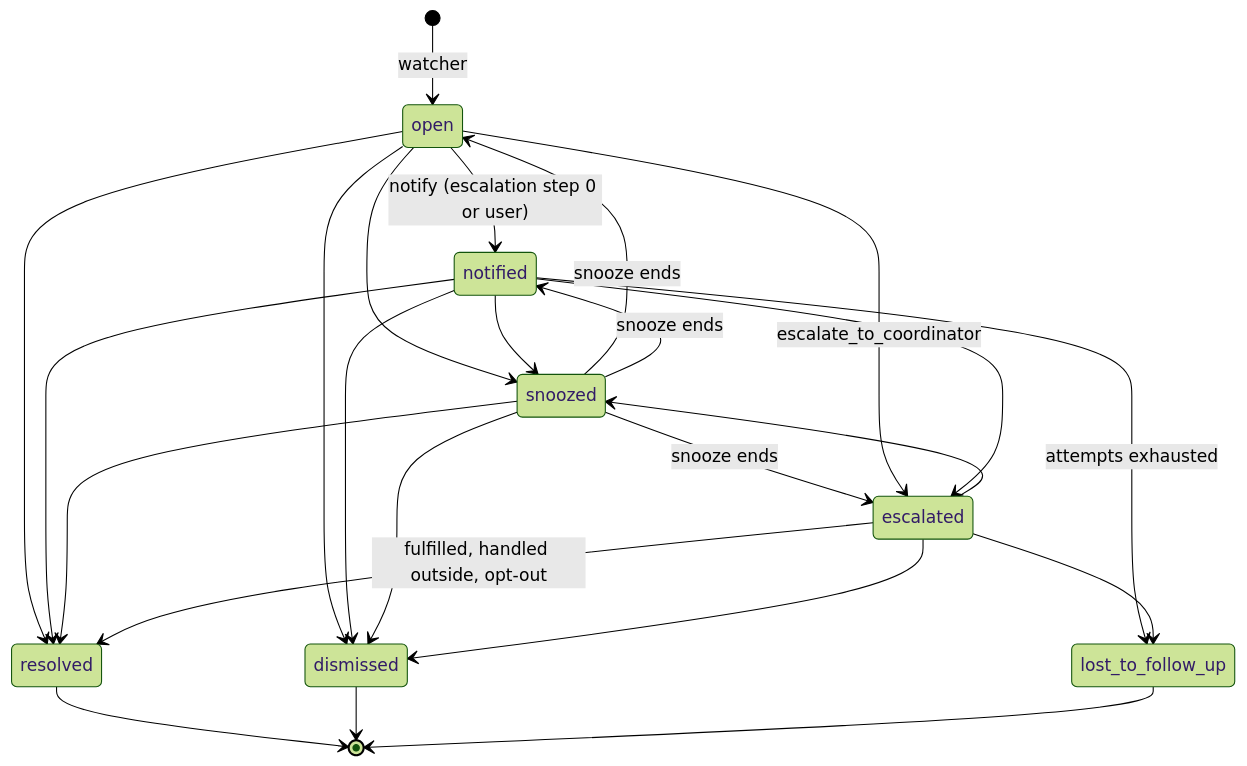
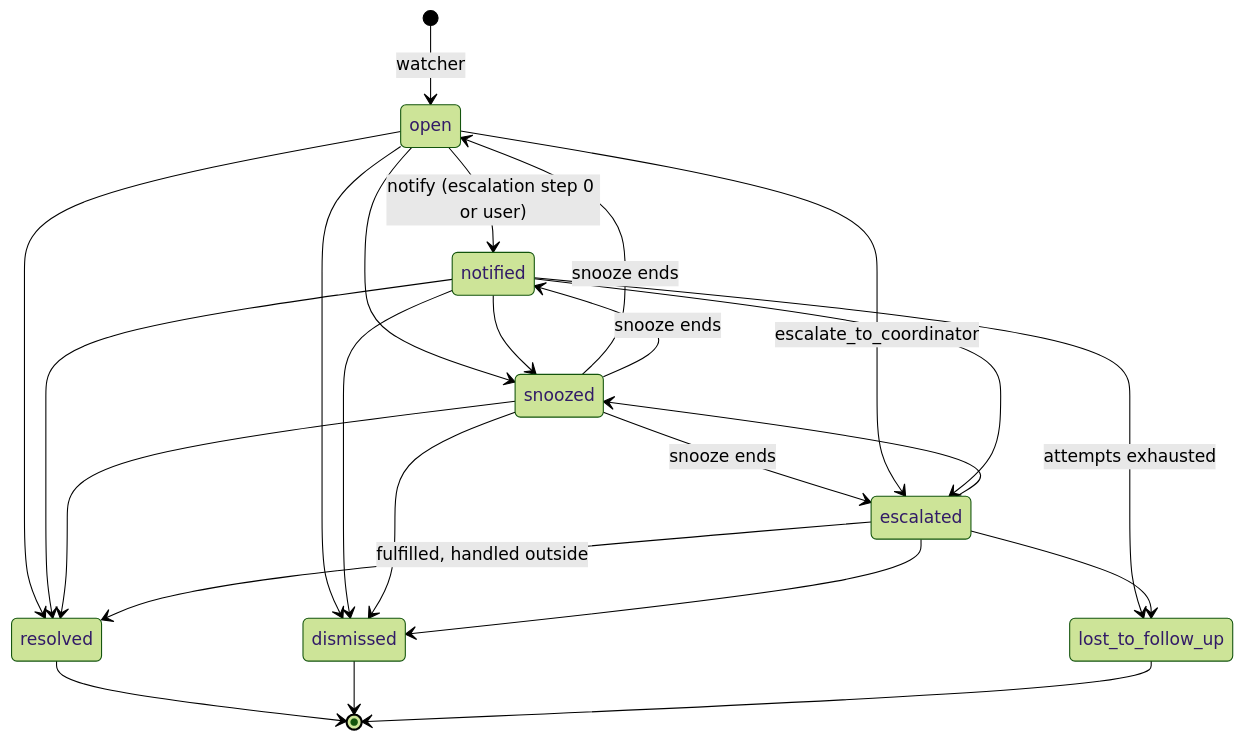
Before and after one commit to Hipocratesalud/follow-up-engine: the second of 2 diagrams in packages/core/README.md, drawn with Mermaid (forest theme). The commit also changed other lines of this file and 6 other files, not shown here.

````diff
--- a/packages/core/README.md
+++ b/packages/core/README.md
@@ -92,26 +92,26 @@
 ```mermaid
 stateDiagram-v2
   [*] --> open: watcher
   open --> notified: notify (escalation step 0 or user)
   open --> snoozed
   notified --> snoozed
   snoozed --> open: snooze ends
   snoozed --> notified: snooze ends
   snoozed --> escalated: snooze ends
   open --> escalated: escalate_to_coordinator
   notified --> escalated
   escalated --> snoozed
   open --> resolved
   notified --> resolved
   snoozed --> resolved
-  escalated --> resolved: fulfilled, handled outside, opt-out
+  escalated --> resolved: fulfilled, handled outside
   open --> dismissed
   notified --> dismissed
   snoozed --> dismissed
   escalated --> dismissed
   notified --> lost_to_follow_up: attempts exhausted
   escalated --> lost_to_follow_up
   resolved --> [*]
   dismissed --> [*]
   lost_to_follow_up --> [*]
 ```
````
